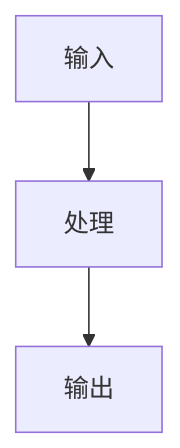
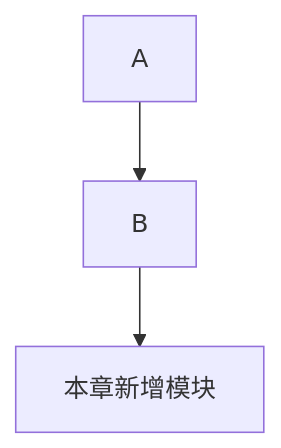
One commit to 869413421/build_agent changed the second of 3 diagrams in docs/tutorials/_CHAPTER_TEMPLATE.md. Above: the diagram before and after it, drawn with Mermaid. The commit also changed other lines of this file and 6 other files, not shown here.

````diff
--- a/docs/tutorials/_CHAPTER_TEMPLATE.md
+++ b/docs/tutorials/_CHAPTER_TEMPLATE.md
@@ -28,5 +34,5 @@
 ```mermaid
 flowchart TD
-  A[输入] --> B[处理]
-  B --> C[输出]
+  A --> B
+  B --> C[本章新增模块]
 ```
````
